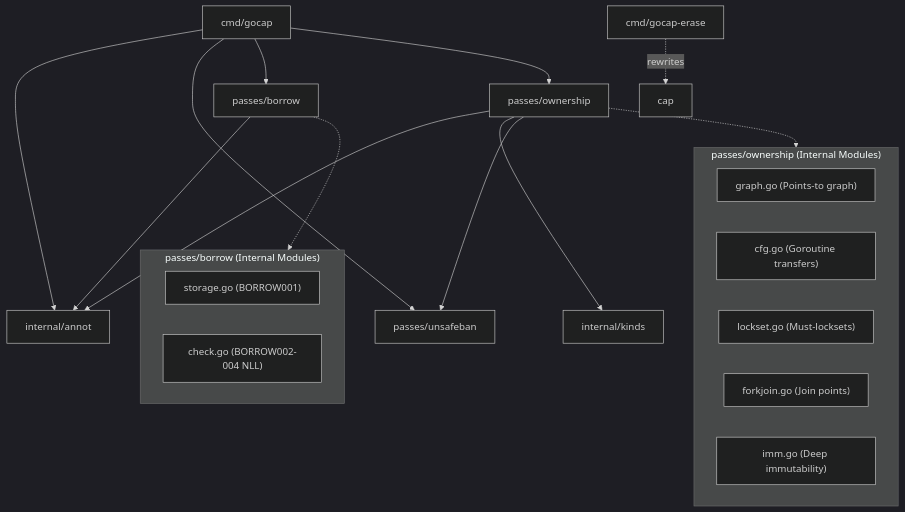
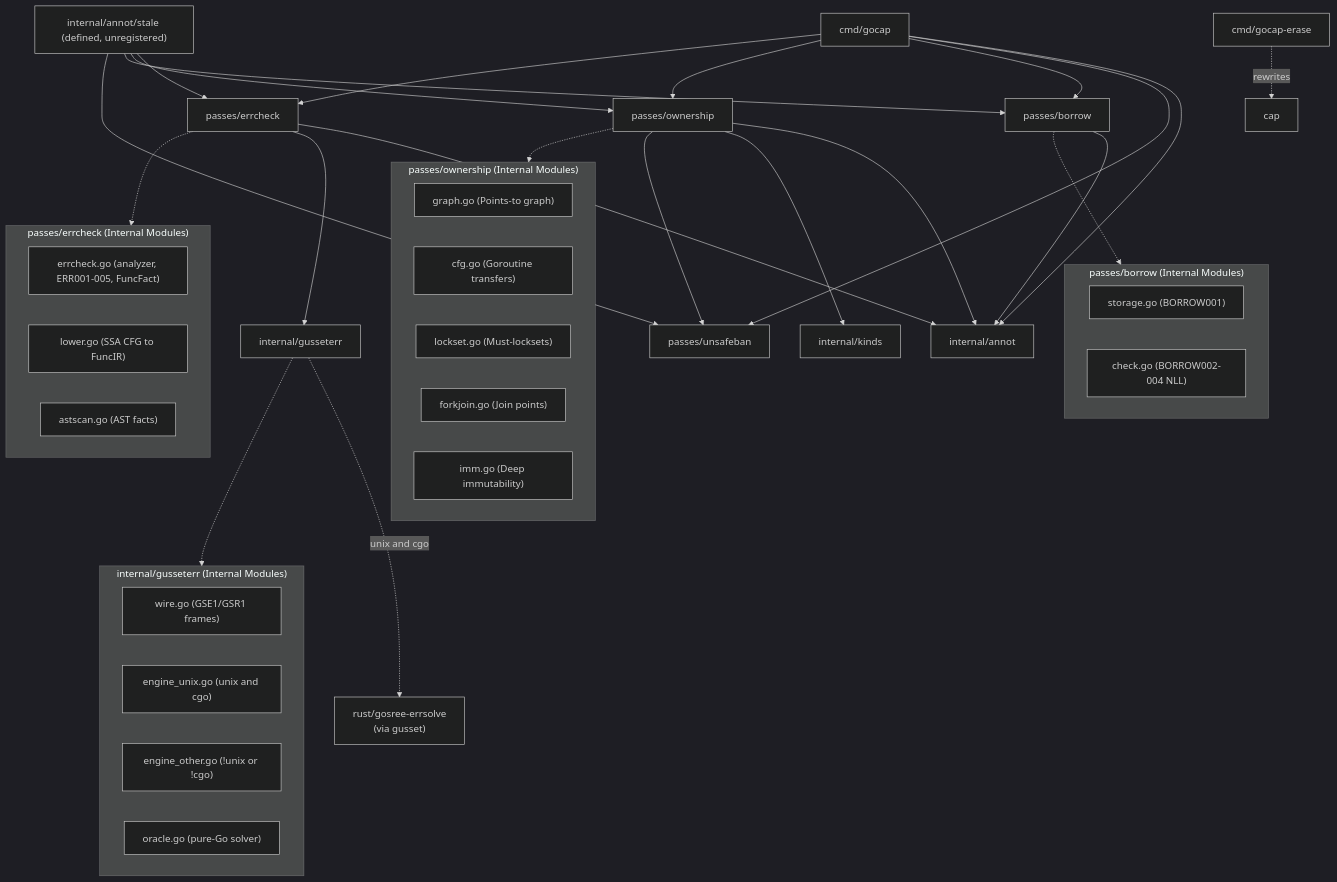
The ninth of 9 diagrams in docs/ARCHITECTURE.md (bharathvbcr/GoSree), drawn with Mermaid (dark theme) before and after one commit. The commit also changed other lines of this file and 96 other files, not shown here.

First line of the commit message:
Add error-discipline pass, Rust solver over gusset, gocap preflight; refresh docs

````diff
--- a/docs/ARCHITECTURE.md
+++ b/docs/ARCHITECTURE.md
@@ -315,29 +375,52 @@
 ```mermaid
 flowchart TD
     cmd_gocap["cmd/gocap"] --> internal_annot["internal/annot"]
     cmd_gocap --> passes_unsafeban["passes/unsafeban"]
     cmd_gocap --> passes_borrow["passes/borrow"]
     cmd_gocap --> passes_ownership["passes/ownership"]
+    cmd_gocap --> passes_errcheck["passes/errcheck"]
 
     passes_borrow --> internal_annot
     passes_ownership --> internal_annot
+    passes_errcheck --> internal_annot
+    passes_errcheck --> internal_gusseterr["internal/gusseterr"]
+    internal_gusseterr -.->|"unix and cgo"| rust_engine["rust/gosree-errsolve\n(via gusset)"]
+    internal_stale["internal/annot/stale (defined, unregistered)"] --> passes_errcheck
+    internal_stale --> passes_ownership
+    internal_stale --> passes_borrow
+    internal_stale --> passes_unsafeban
     passes_ownership --> internal_kinds["internal/kinds"]
     passes_ownership --> passes_unsafeban
 
     subgraph passes_borrow_internals ["passes/borrow (Internal Modules)"]
         passes_borrow_storage["storage.go (BORROW001)"]
         passes_borrow_check["check.go (BORROW002-004 NLL)"]
     end
     passes_borrow -.-> passes_borrow_internals
 
     subgraph passes_ownership_internals ["passes/ownership (Internal Modules)"]
         passes_ownership_graph["graph.go (Points-to graph)"]
         passes_ownership_cfg["cfg.go (Goroutine transfers)"]
         passes_ownership_lockset["lockset.go (Must-locksets)"]
         passes_ownership_forkjoin["forkjoin.go (Join points)"]
         passes_ownership_imm["imm.go (Deep immutability)"]
     end
     passes_ownership -.-> passes_ownership_internals
 
+    subgraph passes_errcheck_internals ["passes/errcheck (Internal Modules)"]
+        passes_errcheck_main["errcheck.go (analyzer, ERR001-005, FuncFact)"]
+        passes_errcheck_lower["lower.go (SSA CFG to FuncIR)"]
+        passes_errcheck_astscan["astscan.go (AST facts)"]
+    end
+    passes_errcheck -.-> passes_errcheck_internals
+
+    subgraph gusseterr_internals ["internal/gusseterr (Internal Modules)"]
+        gusseterr_wire["wire.go (GSE1/GSR1 frames)"]
+        gusseterr_unix["engine_unix.go (unix and cgo)"]
+        gusseterr_other["engine_other.go (!unix or !cgo)"]
+        gusseterr_oracle["oracle.go (pure-Go solver)"]
+    end
+    internal_gusseterr -.-> gusseterr_internals
+
     cmd_gocap_erase["cmd/gocap-erase"] -.->|rewrites| cap_pkg["cap"]
 ```
````
